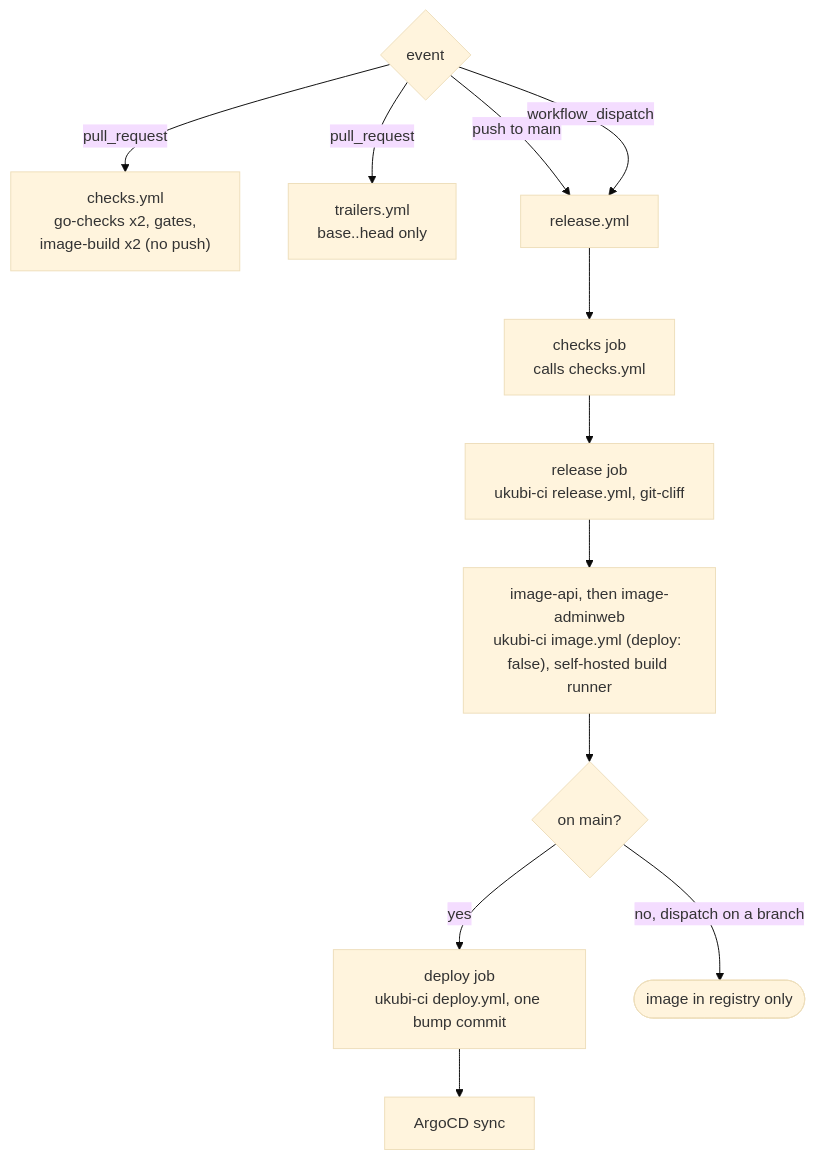
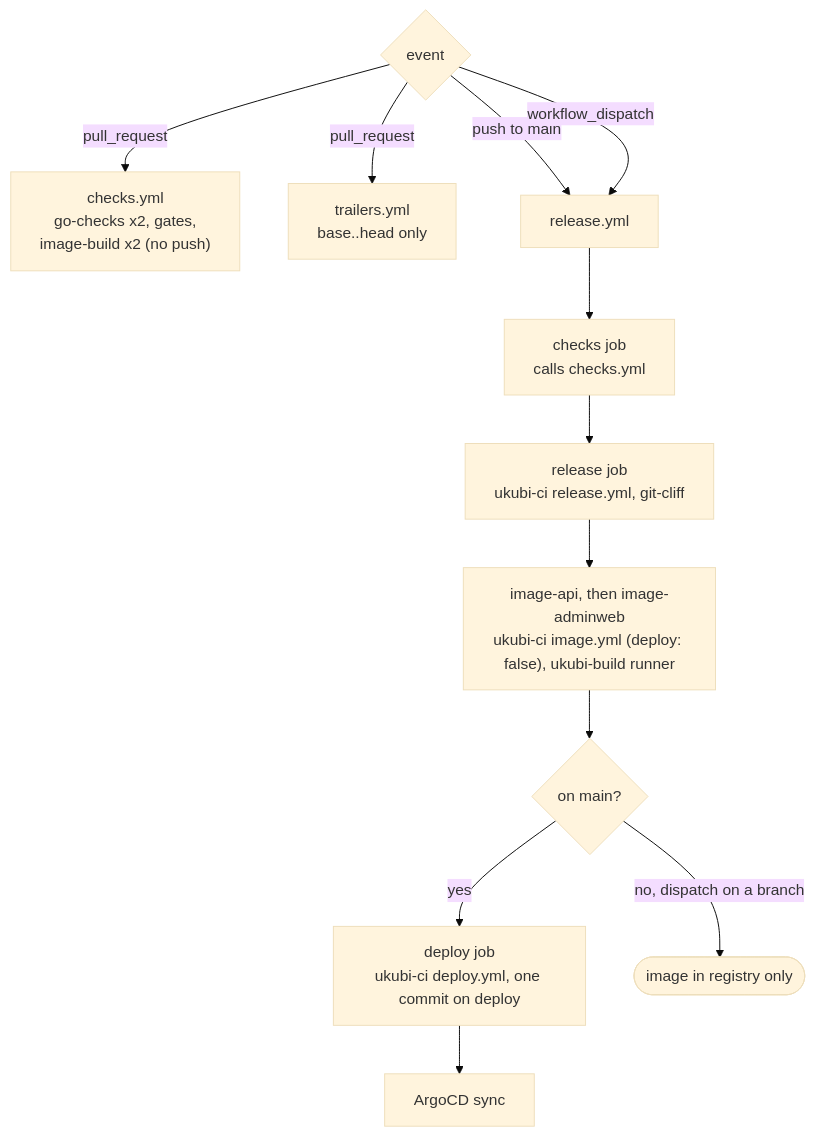
Before and after one commit to MohammadBnei/wird: the third of 4 diagrams in docs/architecture/deploy.md, drawn with Mermaid (base theme). The commit also changed other lines of this file and 13 other files, not shown here.

````diff
--- a/docs/architecture/deploy.md
+++ b/docs/architecture/deploy.md
@@ -58,25 +58,25 @@
 ```mermaid
 flowchart TD
   ev{"event"}
   pr["checks.yml<br/>go-checks x2, gates,<br/>image-build x2 (no push)"]
   tr["trailers.yml<br/>base..head only"]
   rel["release.yml"]
   checks["checks job<br/>calls checks.yml"]
   release["release job<br/>ukubi-ci release.yml, git-cliff"]
-  build["image-api, then image-adminweb<br/>ukubi-ci image.yml (deploy: false), self-hosted build runner"]
+  build["image-api, then image-adminweb<br/>ukubi-ci image.yml (deploy: false), ukubi-build runner"]
   push{"on main?"}
-  deploy["deploy job<br/>ukubi-ci deploy.yml, one bump commit"]
+  deploy["deploy job<br/>ukubi-ci deploy.yml, one commit on deploy"]
   argo["ArgoCD sync"]
   done(["image in registry only"])
   ev -->|pull_request| pr
   ev -->|pull_request| tr
   ev -->|push to main| rel
   ev -->|workflow_dispatch| rel
   rel --> checks
   checks --> release
   release --> build
   build --> push
   push -->|"no, dispatch on a branch"| done
   push -->|yes| deploy
   deploy --> argo
 ```
````
